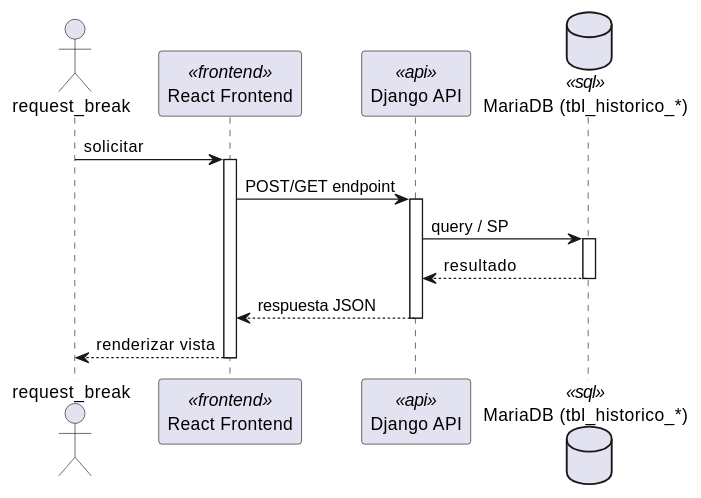
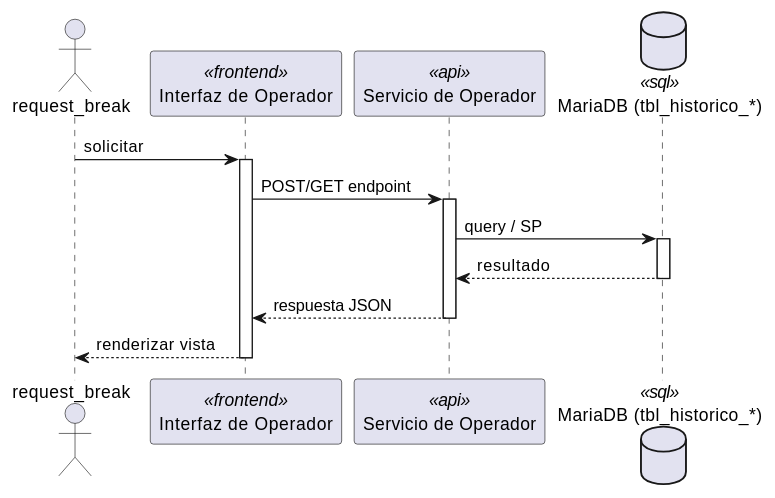
One commit to jcg-admin/IACT-docs changed the first of 2 diagrams in source/arquitectura-tecnica/DesignView/opr-07.rst. Above: the diagram before and after it, drawn with PlantUML. The commit also changed other lines of this file and 243 other files, not shown here.

First line of the commit message:
Add missing diagrams and fix participant names across Kruchten views

```diff
--- a/source/arquitectura-tecnica/DesignView/opr-07.rst
+++ b/source/arquitectura-tecnica/DesignView/opr-07.rst
@@ -22,28 +22,28 @@
 .. uml::
  :caption: UC_OPR_07 — Design View (secuencia)
 
  @startuml
 
  actor "request_break" as request_break
- participant "React Frontend" as Frontend <<frontend>>
- participant "Django API" as APIServer <<api>>
- database "MariaDB (tbl_historico_*)" as BaseDatos <<sql>>
+ participant "Interfaz de Operador" as Iface <<frontend>>
+ participant "Servicio de Operador" as SvcNode <<api>>
+ database "MariaDB (tbl_historico_*)" as Store <<sql>>
 
- request_break -> Frontend : solicitar
- activate Frontend
+ request_break -> Iface : solicitar
+ activate Iface
 
- Frontend -> APIServer : POST/GET endpoint
- activate APIServer
+ Iface -> SvcNode : POST/GET endpoint
+ activate SvcNode
 
- APIServer -> BaseDatos : query / SP
- activate BaseDatos
- BaseDatos --> APIServer : resultado
- deactivate BaseDatos
+ SvcNode -> Store : query / SP
+ activate Store
+ Store --> SvcNode : resultado
+ deactivate Store
 
- APIServer --> Frontend : respuesta JSON
- deactivate APIServer
+ SvcNode --> Iface : respuesta JSON
+ deactivate SvcNode
 
- Frontend --> request_break : renderizar vista
- deactivate Frontend
+ Iface --> request_break : renderizar vista
+ deactivate Iface
 
  @enduml
```
